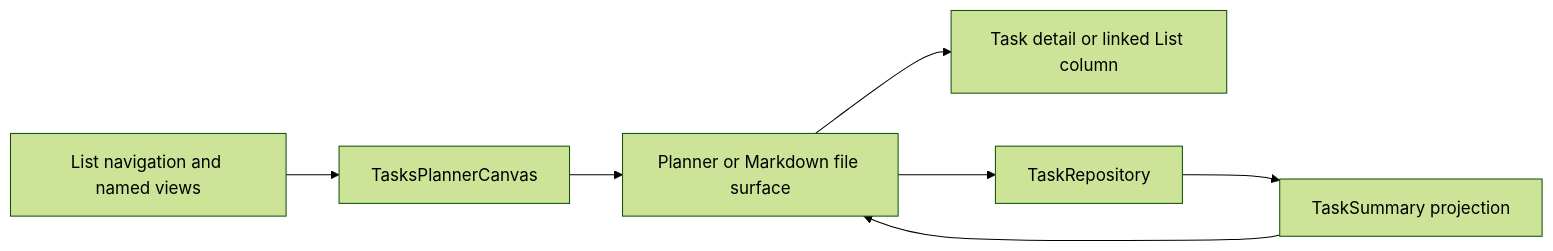
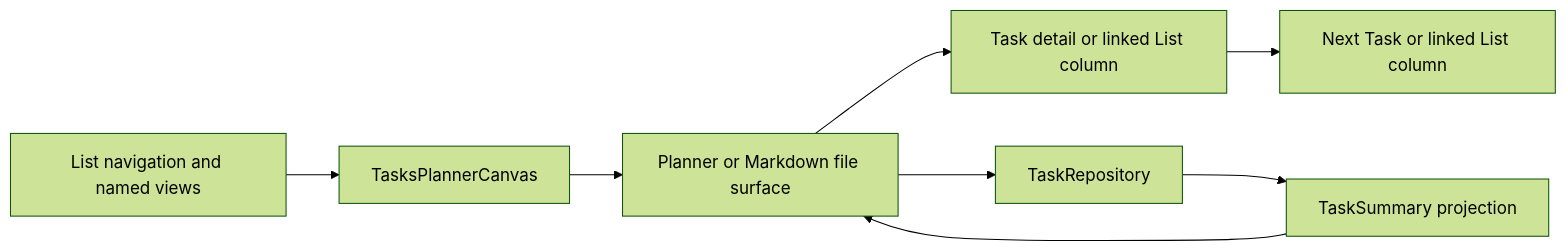
One commit to lapismd/lapis-plugin-tasks changed the diagram in spec/src/plugins/tasks/planner.md. Above: the diagram before and after it, drawn with Mermaid (forest theme). The commit also changed other lines of this file and 8 other files, not shown here.

````diff
--- a/spec/src/plugins/tasks/planner.md
+++ b/spec/src/plugins/tasks/planner.md
@@ -88,9 +95,10 @@
 ```mermaid
 flowchart LR
   navigation["List navigation and named views"] --> canvas["TasksPlannerCanvas"]
   canvas --> body["Planner or Markdown file surface"]
   body --> detail["Task detail or linked List column"]
+  detail --> descendant["Next Task or linked List column"]
   repository["TaskRepository"] --> projection["TaskSummary projection"]
   projection --> body
   body --> repository
 ```
````
